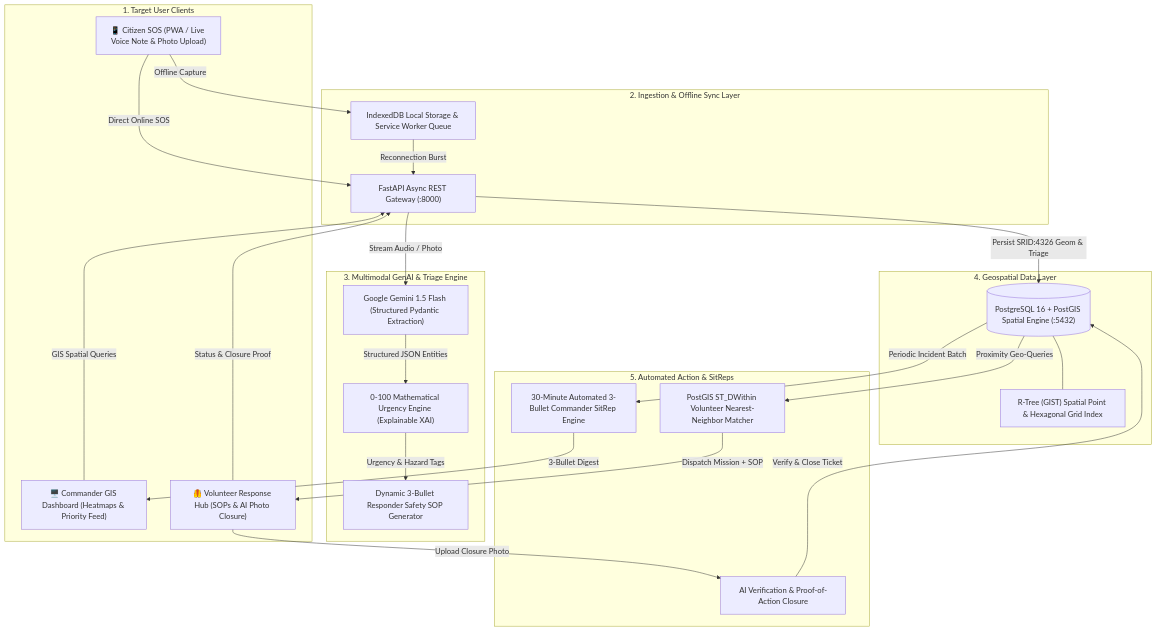
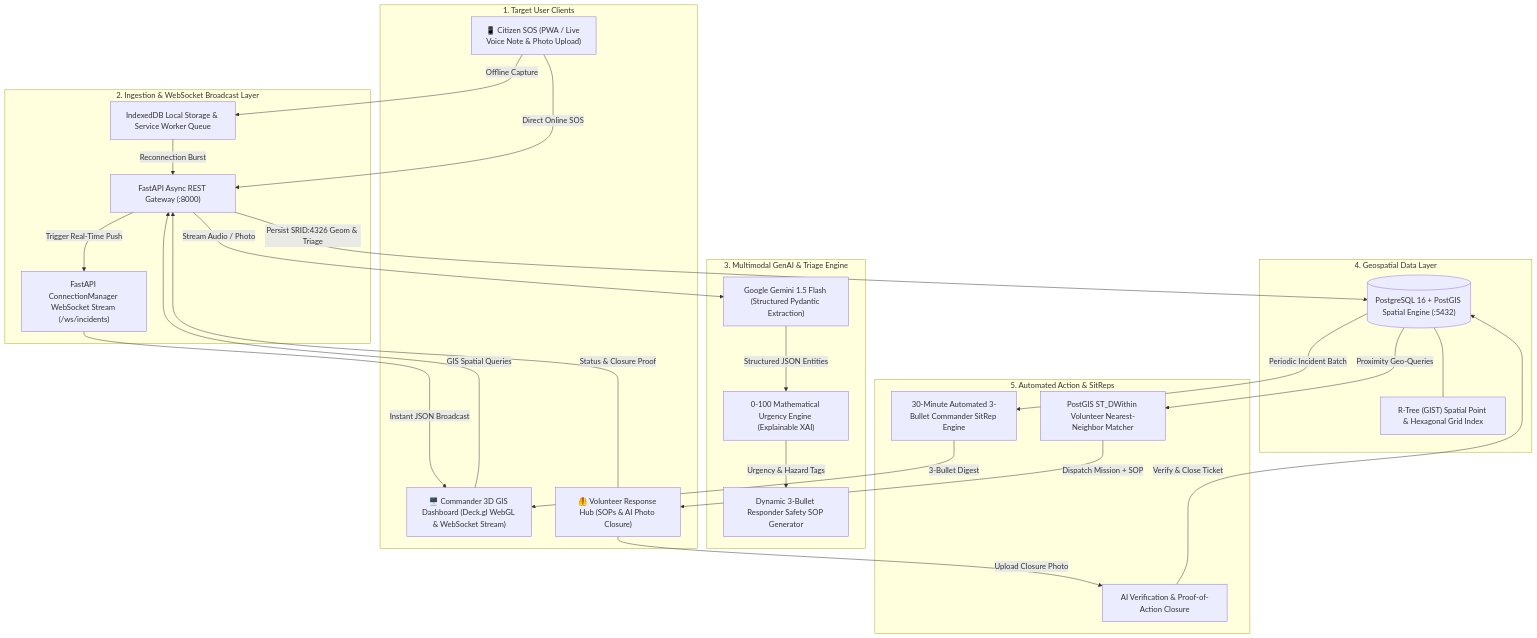
One commit to Ayush2315/Soteria changed the first of 2 diagrams in Flow.md. Above: the diagram before and after it, drawn with Mermaid. The commit also changed other lines of this file and 14 other files, not shown here.

Commit message:
feat(gis): implement Deck.gl 3D hexagonal GIS and FastAPI WebSocket synchronization (Milestone 3)

````diff
--- a/Flow.md
+++ b/Flow.md
@@ -9,50 +9,54 @@
 ```mermaid
 flowchart TD
     subgraph Clients["1. Target User Clients"]
         Citizen["📱 Citizen SOS (PWA / Live Voice Note & Photo Upload)"]
-        Commander["🖥️ Commander GIS Dashboard (Heatmaps & Priority Feed)"]
+        Commander["🖥️ Commander 3D GIS Dashboard (Deck.gl WebGL & WebSocket Stream)"]
         Volunteer["🦺 Volunteer Response Hub (SOPs & AI Photo Closure)"]
     end
 
-    subgraph IngestionGateway["2. Ingestion & Offline Sync Layer"]
+    subgraph IngestionGateway["2. Ingestion & WebSocket Broadcast Layer"]
         SyncQueue["IndexedDB Local Storage & Service Worker Queue"]
         APIGateway["FastAPI Async REST Gateway (:8000)"]
+        WSManager["FastAPI ConnectionManager WebSocket Stream (/ws/incidents)"]
     end
 
     subgraph IntelligenceLayer["3. Multimodal GenAI & Triage Engine"]
         GeminiFlash["Google Gemini 1.5 Flash (Structured Pydantic Extraction)"]
         TriageEngine["0-100 Mathematical Urgency Engine (Explainable XAI)"]
         SOPGenerator["Dynamic 3-Bullet Responder Safety SOP Generator"]
     end
 
     subgraph SpatialDatabase["4. Geospatial Data Layer"]
         PostGIS[("PostgreSQL 16 + PostGIS Spatial Engine (:5432)")]
         SpatialIndex["R-Tree (GIST) Spatial Point & Hexagonal Grid Index"]
     end
 
     subgraph DispatchAndReports["5. Automated Action & SitReps"]
         ProximityMatcher["PostGIS ST_DWithin Volunteer Nearest-Neighbor Matcher"]
         SitRepCron["30-Minute Automated 3-Bullet Commander SitRep Engine"]
         PhotoClosure["AI Verification & Proof-of-Action Closure"]
     end
 
     Citizen -->|Offline Capture| SyncQueue
     SyncQueue -->|Reconnection Burst| APIGateway
     Citizen -->|Direct Online SOS| APIGateway
     Commander -->|GIS Spatial Queries| APIGateway
     Volunteer -->|Status & Closure Proof| APIGateway
 
     APIGateway -->|Stream Audio / Photo| GeminiFlash
     GeminiFlash -->|Structured JSON Entities| TriageEngine
     TriageEngine -->|Urgency & Hazard Tags| SOPGenerator
 
     APIGateway -->|Persist SRID:4326 Geom & Triage| PostGIS
     PostGIS --- SpatialIndex
 
+    APIGateway -->|Trigger Real-Time Push| WSManager
+    WSManager -->|Instant JSON Broadcast| Commander
+
     PostGIS -->|Proximity Geo-Queries| ProximityMatcher
     ProximityMatcher -->|Dispatch Mission + SOP| Volunteer
     PostGIS -->|Periodic Incident Batch| SitRepCron
     SitRepCron -->|3-Bullet Digest| Commander
     Volunteer -->|Upload Closure Photo| PhotoClosure
     PhotoClosure -->|Verify & Close Ticket| PostGIS
 ```
````
